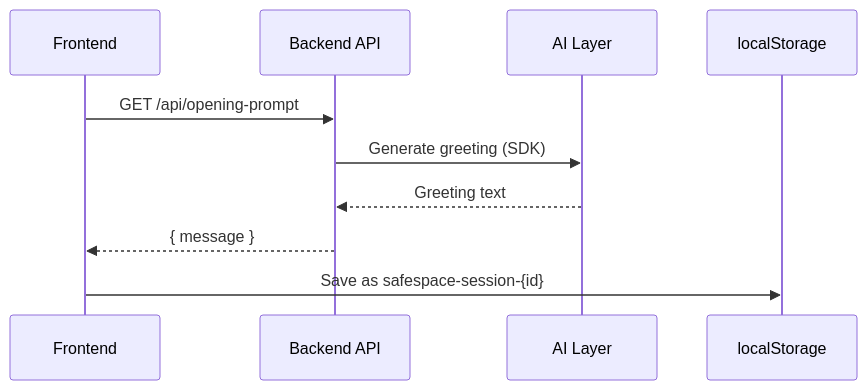
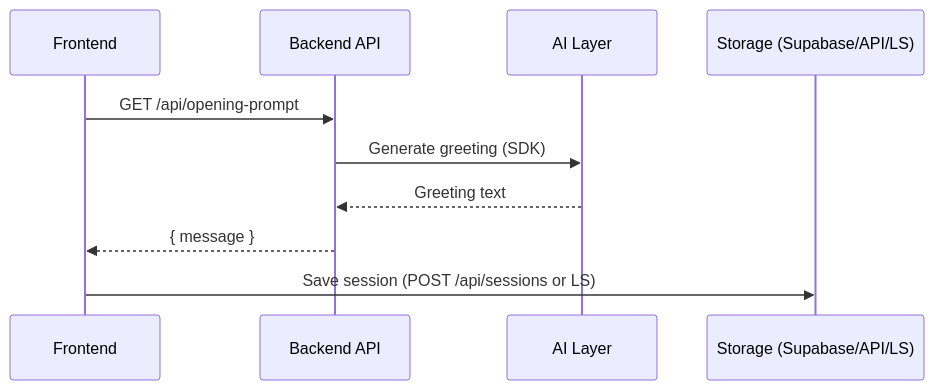
Before and after one commit to Dhrithi432/panw-hackathon-journal-casestudy: the fourth of 9 diagrams in safespace_system_design.md, drawn with Mermaid. The commit also changed other lines of this file and 1 other file, not shown here.

````diff
--- a/safespace_system_design.md
+++ b/safespace_system_design.md
@@ -86,13 +99,13 @@
 ```mermaid
 sequenceDiagram
     participant FE as Frontend
     participant BE as Backend API
     participant AI as AI Layer
-    participant LS as localStorage
+    participant Storage as Storage (Supabase/API/LS)
 
     FE->>BE: GET /api/opening-prompt
     BE->>AI: Generate greeting (SDK)
     AI-->>BE: Greeting text
     BE-->>FE: { message }
-    FE->>LS: Save as safespace-session-{id}
+    FE->>Storage: Save session (POST /api/sessions or LS)
 ```
````
